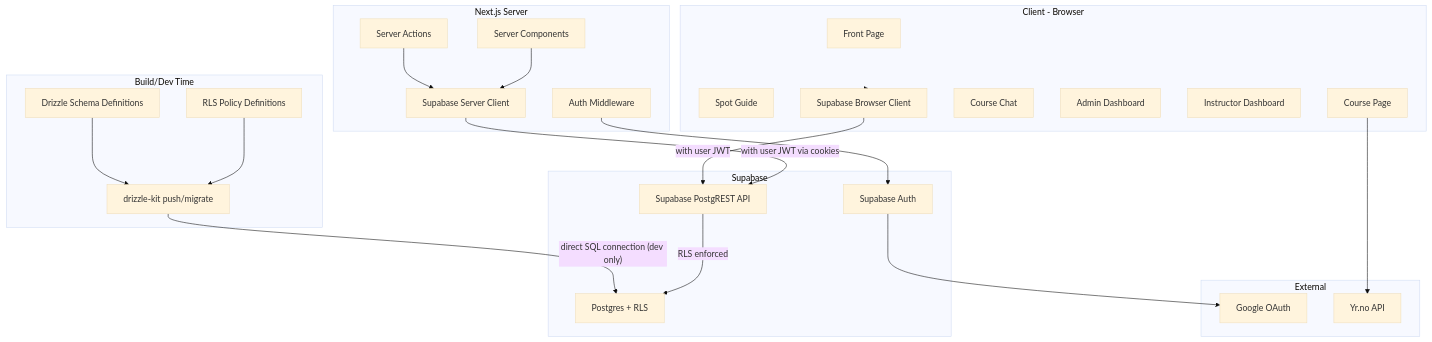
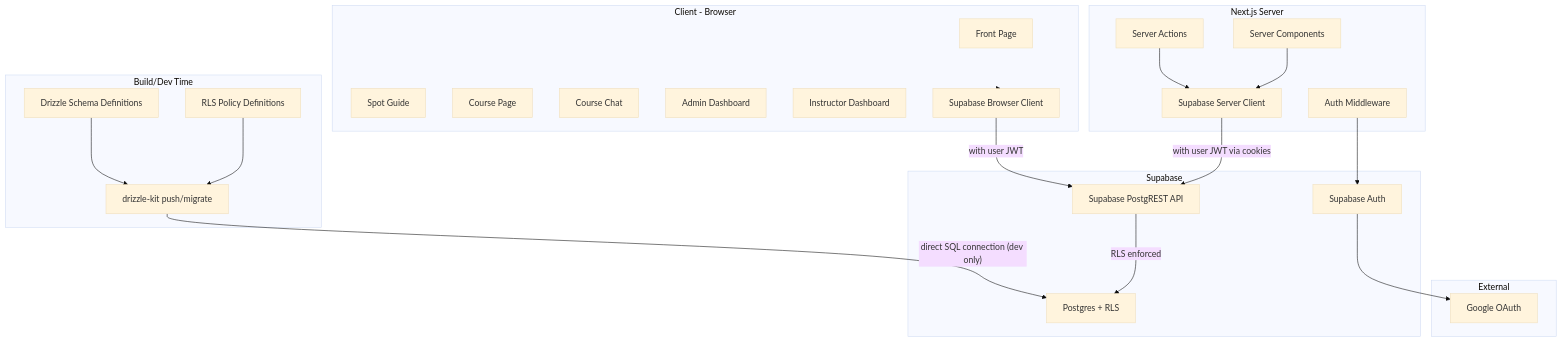
Before and after one commit to Frankwds/AalesundKiteklubb: the first of 2 diagrams in kiteklubb_full_stack_8aaca1e7.plan.md, drawn with Mermaid (base theme). The commit also changed other lines of this file, not shown here.

````diff
--- a/kiteklubb_full_stack_8aaca1e7.plan.md
+++ b/kiteklubb_full_stack_8aaca1e7.plan.md
@@ -74,52 +70,50 @@
 ```mermaid
 graph TB
   subgraph buildTime [Build/Dev Time]
     DrizzleSchema[Drizzle Schema Definitions]
     DrizzleKit[drizzle-kit push/migrate]
     RLSPolicies[RLS Policy Definitions]
   end
 
   subgraph client [Client - Browser]
     FrontPage[Front Page]
     SpotGuide[Spot Guide]
     CoursePage[Course Page]
     CourseChat[Course Chat]
     AdminDash[Admin Dashboard]
     InstructorDash[Instructor Dashboard]
     BrowserClient["Supabase Browser Client"]
   end
 
   subgraph nextjs [Next.js Server]
     Middleware[Auth Middleware]
     ServerActions[Server Actions]
     ServerComponents[Server Components]
     ServerClient["Supabase Server Client"]
   end
 
   subgraph supabase [Supabase]
     SupabaseAuth[Supabase Auth]
     SupabaseAPI[Supabase PostgREST API]
     SupabasePG["Postgres + RLS"]
   end
 
   subgraph external [External]
     Google[Google OAuth]
-    YrAPI[Yr.no API]
   end
 
   DrizzleSchema --> DrizzleKit
   RLSPolicies --> DrizzleKit
   DrizzleKit -->|"direct SQL connection (dev only)"| SupabasePG
 
   client --> BrowserClient
   BrowserClient -->|"with user JWT"| SupabaseAPI
 
   ServerActions --> ServerClient
   ServerComponents --> ServerClient
   ServerClient -->|"with user JWT via cookies"| SupabaseAPI
 
   SupabaseAPI -->|"RLS enforced"| SupabasePG
   SupabaseAuth --> Google
-  CoursePage --> YrAPI
   Middleware --> SupabaseAuth
 ```
````
